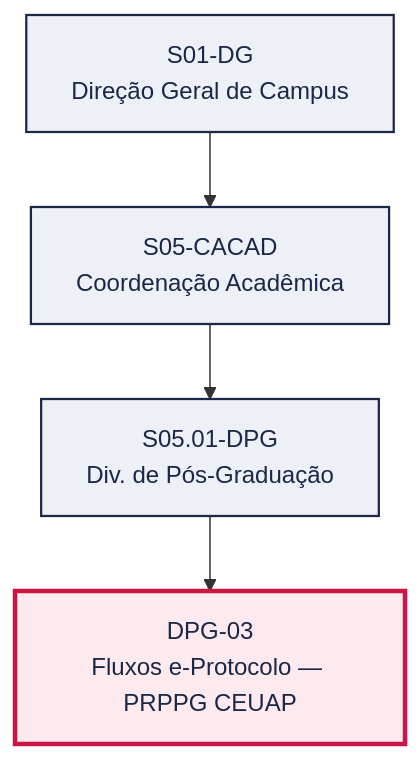
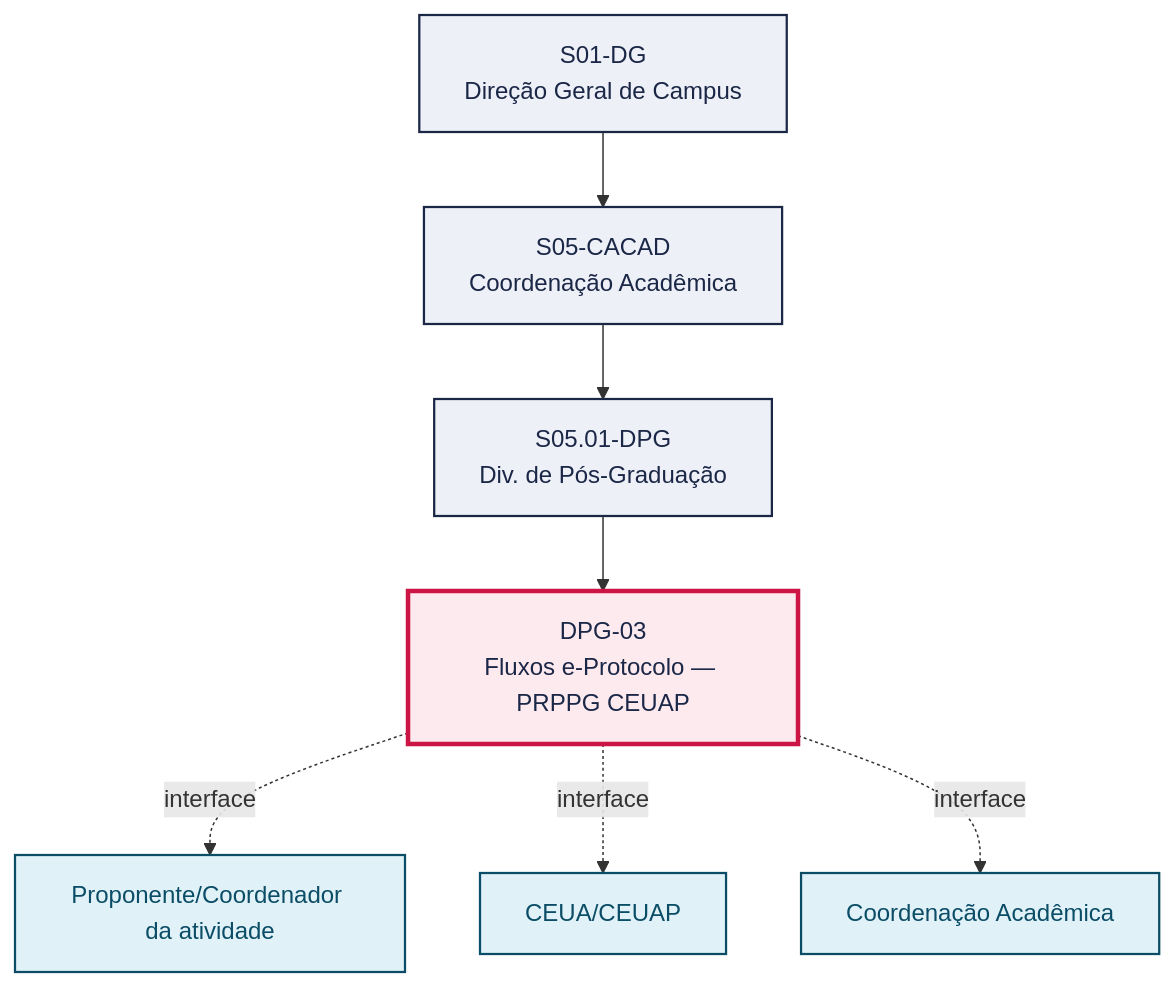
One commit to jessefers/canvas-vivo-atdg changed the first of 2 diagrams in pops/DPG/DPG-03.md. Above: the diagram before and after it, drawn with Mermaid. The commit also changed other lines of this file and 95 other files, not shown here.

````diff
--- a/pops/DPG/DPG-03.md
+++ b/pops/DPG/DPG-03.md
@@ -49,15 +56,22 @@
 ```mermaid
 graph TD
   S01_DG["S01-DG<br/>Direção Geral de Campus"]
   S05_CACAD["S05-CACAD<br/>Coordenação Acadêmica"]
   S01_DG --> S05_CACAD
   S05_01_DPG["S05.01-DPG<br/>Div. de Pós-Graduação"]
   S05_CACAD --> S05_01_DPG
   P["DPG-03<br/>Fluxos e-Protocolo — PRPPG CEUAP"]
   S05_01_DPG --> P
+  V1["Proponente/Coordenador da atividade"]
+  P -. interface .-> V1
+  V2["CEUA/CEUAP"]
+  P -. interface .-> V2
+  V3["Coordenação Acadêmica"]
+  P -. interface .-> V3
   classDef setor fill:#EEF0F7,stroke:#1B2747,stroke-width:1.5px,color:#1B2747
   classDef destaque fill:#FDEAEE,stroke:#CC1544,stroke-width:3px,color:#1B2747
   classDef vizinho fill:#E0F2F8,stroke:#0B4D66,stroke-width:1.5px,color:#0B4D66
   class S01_DG,S05_CACAD,S05_01_DPG setor
   class P destaque
+  class V1,V2,V3 vizinho
 ```
````
